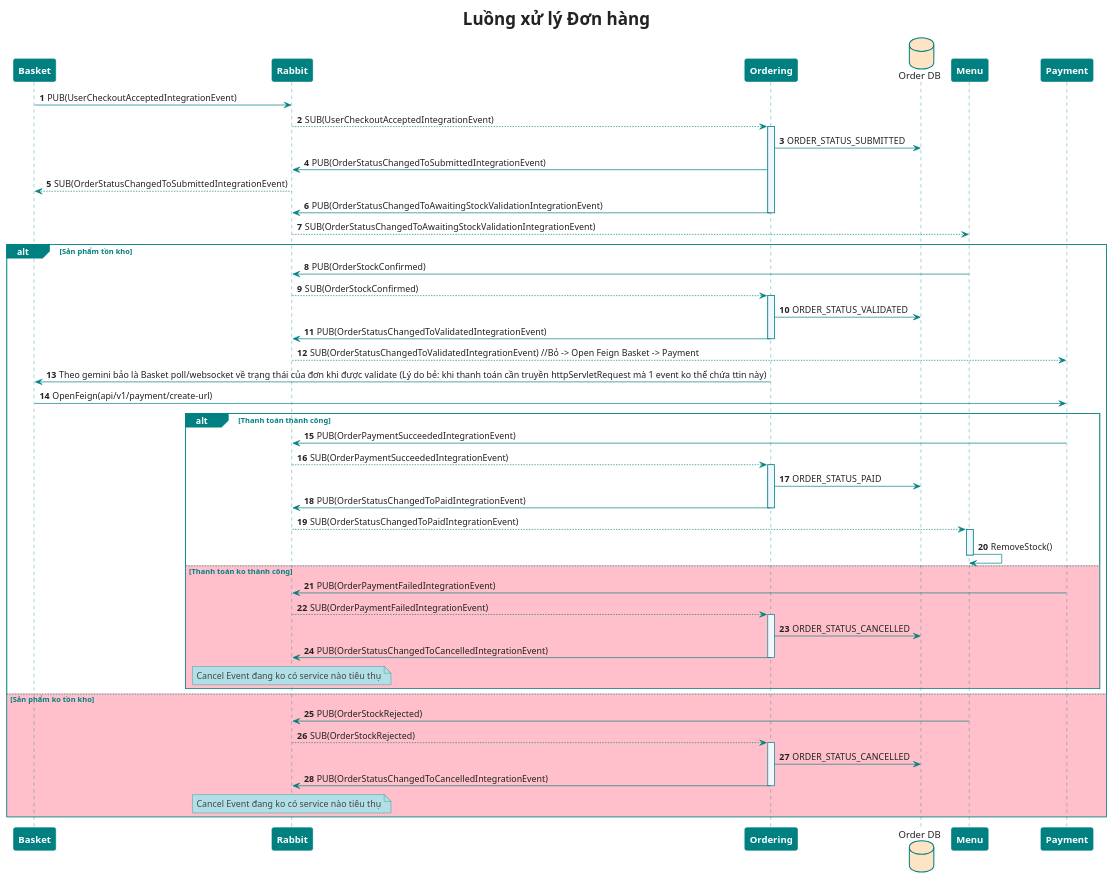
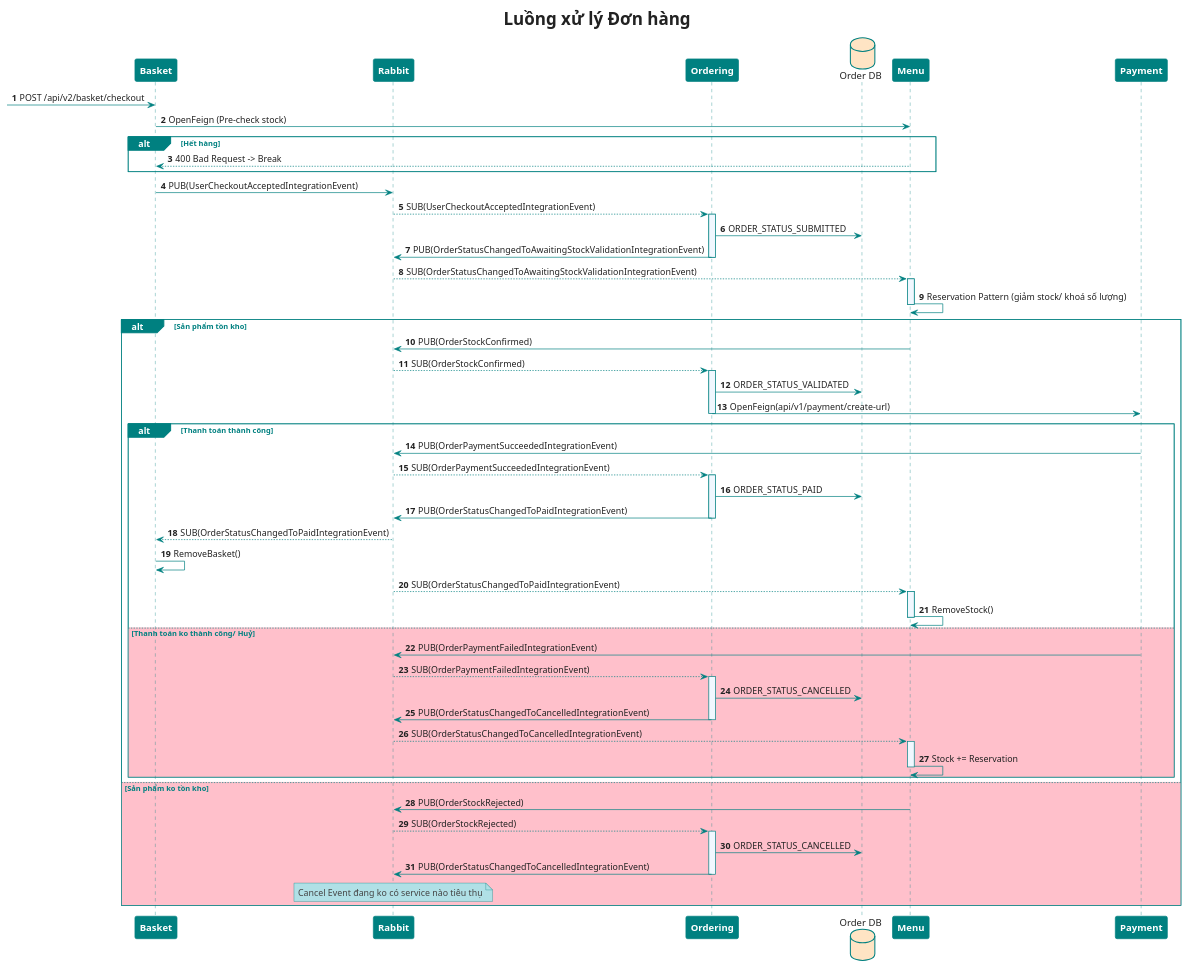
The diagram in Backend/SEQ/Order/ResolvingOrderV2.puml (MinhTrinh04/Beef-Restaurant), drawn with PlantUML before and after one commit. The commit also changed 1 other file, not shown here.

```diff
--- a/Backend/SEQ/Order/ResolvingOrderV2.puml
+++ b/Backend/SEQ/Order/ResolvingOrderV2.puml
@@ -1,108 +1,116 @@
 @startuml
 'https://plantuml.com/sequence-diagram
 skinparam shadowing false
 skinparam responseMessageBelowArrow false
 skinparam DefaultFontColor #222
 skinparam TitleFontSize 25
 skinparam NoteBorderColor #teal
 skinparam NoteBackgroundColor #powderblue
 skinparam NoteFontColor 444
 skinparam DatabaseBorderColor #teal
 skinparam DatabaseBackgroundColor #bisque
 skinparam sequence {
 ParticipantBorderThickness 1
 ParticipantBorderColor #teal
 ParticipantBackgroundColor #teal
 ParticipantFontColor #white
 ParticipantFontSize 14
 ParticipantFontStyle bold
 LifeLineBorderColor #teal
 LifeLineBackgroundColor #aliceblue
 ArrowColor #teal
 ActorBorderColor #teal
 GroupBorderThickness 1
 GroupBorderColor #teal
 GroupHeaderFontColor #white
 GroupBackgroundColor #teal
 GroupFontColor #teal
 ReferenceBorderThickness 1
 ReferenceBorderColor #teal
 ReferenceBackgroundColor #aliceblue
 ReferenceHeaderBackgroundColor #white
 ReferenceFontColor #teal
 }
 autonumber
 
 title Luồng xử lý Đơn hàng
 
 participant "Basket" as Basket
 participant "Rabbit" as MQ
 participant "Ordering" as OPE
 database "Order DB" as DB
 participant "Menu" as Menu
 participant "Payment" as Payment
 
+    -> Basket: POST /api/v2/basket/checkout
+    Basket -> Menu: OpenFeign (Pre-check stock)
+    alt Hết hàng
+    Menu --> Basket: 400 Bad Request -> Break
+    end
+
     Basket -> MQ: PUB(UserCheckoutAcceptedIntegrationEvent)
     MQ --> OPE: SUB(UserCheckoutAcceptedIntegrationEvent)
     activate OPE
         OPE -> DB: ORDER_STATUS_SUBMITTED
-        OPE -> MQ: PUB(OrderStatusChangedToSubmittedIntegrationEvent)
-        MQ --> Basket: SUB(OrderStatusChangedToSubmittedIntegrationEvent)
+'        OPE -> MQ: PUB(OrderStatusChangedToSubmittedIntegrationEvent)
+'        MQ --> Basket: SUB(OrderStatusChangedToSubmittedIntegrationEvent)
         OPE -> MQ: PUB(OrderStatusChangedToAwaitingStockValidationIntegrationEvent)
     deactivate OPE
 
 
-
-
     MQ --> Menu: SUB(OrderStatusChangedToAwaitingStockValidationIntegrationEvent)
+    activate Menu
+        Menu -> Menu: Reservation Pattern (giảm stock/ khoá số lượng)
+    deactivate Menu
 
 alt Sản phẩm tồn kho
     Menu -> MQ: PUB(OrderStockConfirmed)
     MQ --> OPE: SUB(OrderStockConfirmed)
     activate OPE
         OPE -> DB: ORDER_STATUS_VALIDATED
-        OPE -> MQ: PUB(OrderStatusChangedToValidatedIntegrationEvent)
+        OPE -> Payment: OpenFeign(api/v1/payment/create-url)
 
     deactivate OPE
 
-    MQ --> Payment: SUB(OrderStatusChangedToValidatedIntegrationEvent) //Bỏ -> Open Feign Basket -> Payment
-    OPE -> Basket: Theo gemini bảo là Basket poll/websocket về trạng thái của đơn khi được validate (Lý do bẻ: khi thanh toán cần truyền httpServletRequest mà 1 event ko thể chứa ttin này)
-    Basket -> Payment: OpenFeign(api/v1/payment/create-url)
 
     alt Thanh toán thành công
         Payment -> MQ: PUB(OrderPaymentSucceededIntegrationEvent)
         MQ --> OPE: SUB(OrderPaymentSucceededIntegrationEvent)
         activate OPE
             OPE -> DB: ORDER_STATUS_PAID
             OPE -> MQ: PUB(OrderStatusChangedToPaidIntegrationEvent)
         deactivate OPE
+        MQ --> Basket: SUB(OrderStatusChangedToPaidIntegrationEvent)
+        Basket -> Basket: RemoveBasket()
         MQ --> Menu: SUB(OrderStatusChangedToPaidIntegrationEvent)
         activate Menu
             Menu -> Menu: RemoveStock()
         deactivate Menu
 
 
-    else #Pink Thanh toán ko thành công
+    else #Pink Thanh toán ko thành công/ Huỷ
     Payment -> MQ: PUB(OrderPaymentFailedIntegrationEvent)
     MQ--> OPE: SUB(OrderPaymentFailedIntegrationEvent)
     activate OPE
         OPE -> DB: ORDER_STATUS_CANCELLED
         OPE -> MQ: PUB(OrderStatusChangedToCancelledIntegrationEvent)
     deactivate OPE
-    note over MQ: Cancel Event đang ko có service nào tiêu thụ
-
+        MQ--> Menu: SUB(OrderStatusChangedToCancelledIntegrationEvent)
+        activate Menu
+            Menu -> Menu: Stock += Reservation
+        deactivate Menu
     end
 
 else #Pink Sản phẩm ko tồn kho
     Menu -> MQ: PUB(OrderStockRejected)
     MQ --> OPE: SUB(OrderStockRejected)
     activate OPE
         OPE -> DB: ORDER_STATUS_CANCELLED
         OPE -> MQ: PUB(OrderStatusChangedToCancelledIntegrationEvent)
     deactivate OPE
 
     note over MQ: Cancel Event đang ko có service nào tiêu thụ
 
 end
 
 @enduml
```
